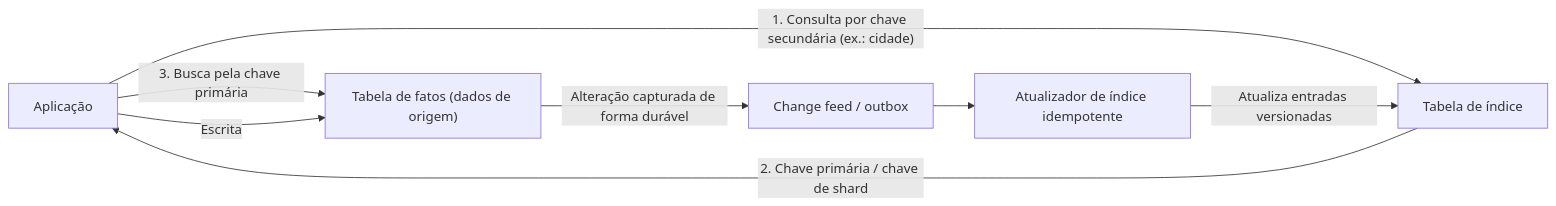
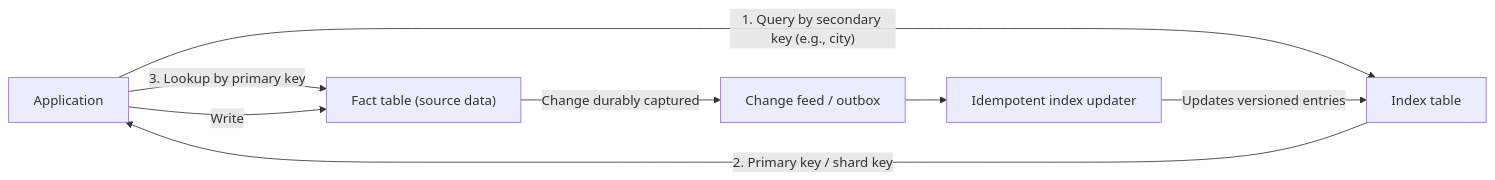
One commit to alancesar/design-patterns changed the diagram in docs/cloud/cloud-design-patterns/data-management/index-table.md. Above: the diagram before and after it, drawn with Mermaid. The commit also changed 258 other files, not shown here.

First line of the commit message:
Translate Mermaid diagrams to English

````diff
--- a/docs/cloud/cloud-design-patterns/data-management/index-table.md
+++ b/docs/cloud/cloud-design-patterns/data-management/index-table.md
@@ -59,10 +59,10 @@
 ```mermaid
 flowchart LR
-    App["Aplicação"] -->|"1. Consulta por chave secundária (ex.: cidade)"| Idx["Tabela de índice"]
-    Idx -->|"2. Chave primária / chave de shard"| App
-    App -->|"3. Busca pela chave primária"| Fatos["Tabela de fatos (dados de origem)"]
-    App -->|"Escrita"| Fatos
-    Fatos -->|"Alteração capturada de forma durável"| Fila["Change feed / outbox"]
-    Fila --> Worker["Atualizador de índice idempotente"]
-    Worker -->|"Atualiza entradas versionadas"| Idx
+    App["Application"] -->|"1. Query by secondary key (e.g., city)"| Idx["Index table"]
+    Idx -->|"2. Primary key / shard key"| App
+    App -->|"3. Lookup by primary key"| Fatos["Fact table (source data)"]
+    App -->|"Write"| Fatos
+    Fatos -->|"Change durably captured"| Fila["Change feed / outbox"]
+    Fila --> Worker["Idempotent index updater"]
+    Worker -->|"Updates versioned entries"| Idx
 ```
````
